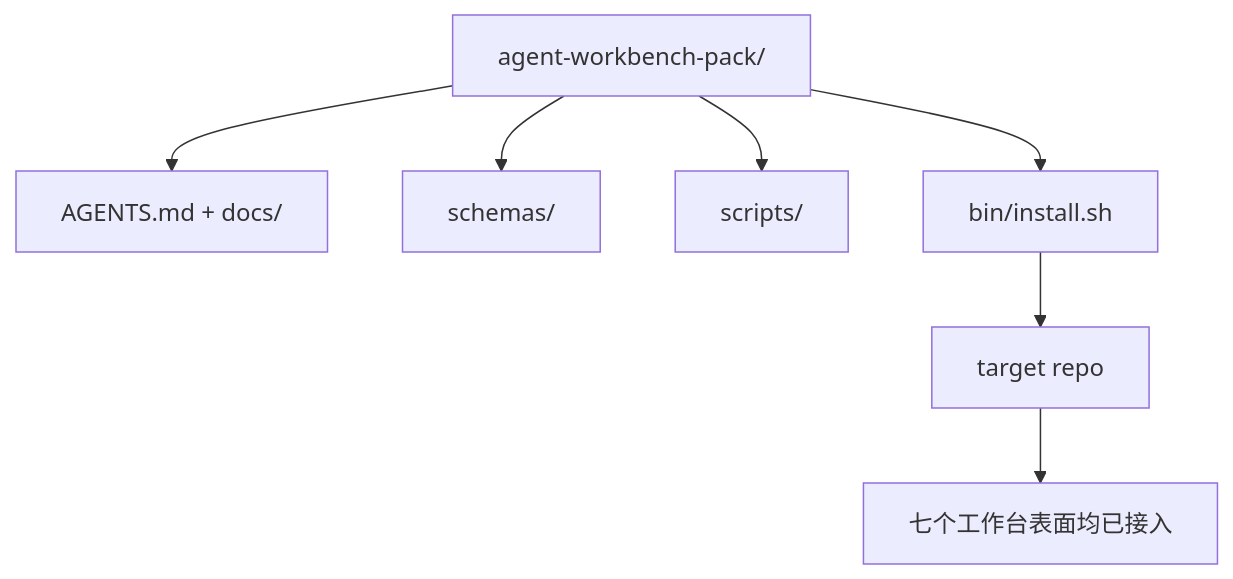
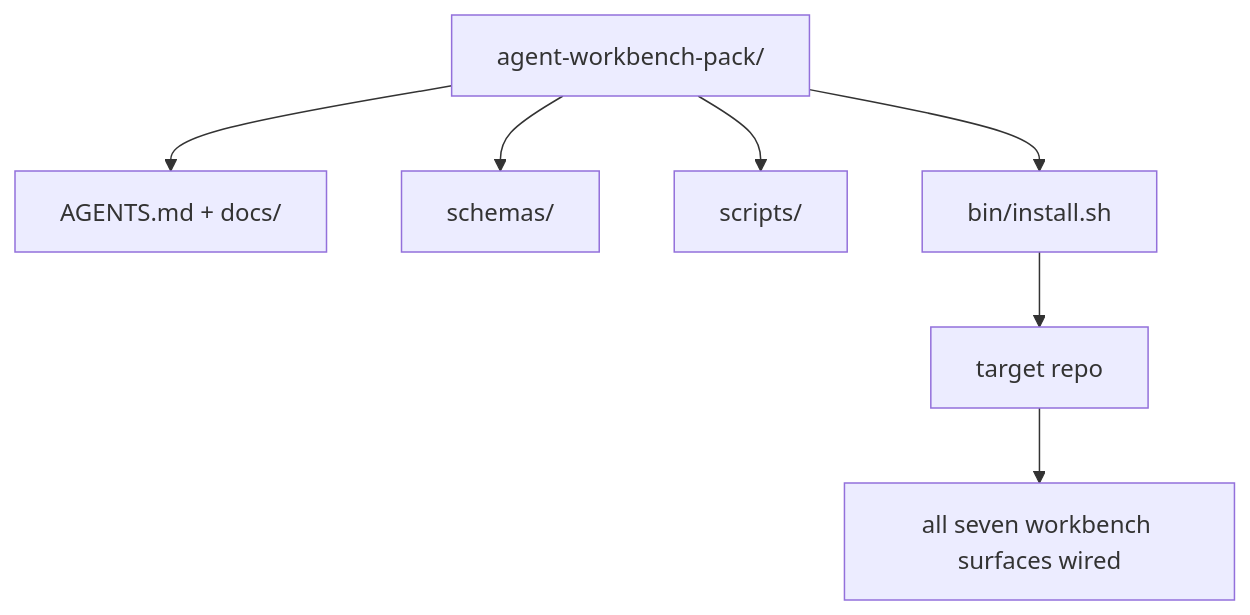
Before and after one commit to xiaojiaenen/ai-engineering-from-scratch-zh: the diagram in i18n/zh/phases/14-agent-engineering/42-agent-workbench-capstone/docs/zh.md, drawn with Mermaid. The commit also changed other lines of this file and 54 other files, not shown here.

````diff
--- a/i18n/zh/phases/14-agent-engineering/42-agent-workbench-capstone/docs/zh.md
+++ b/i18n/zh/phases/14-agent-engineering/42-agent-workbench-capstone/docs/zh.md
@@ -25,9 +25,9 @@
 ```mermaid
 flowchart TD
   Pack[agent-workbench-pack/] --> Docs[AGENTS.md + docs/]
   Pack --> Schemas[schemas/]
   Pack --> Scripts[scripts/]
   Pack --> Bin[bin/install.sh]
   Bin --> Repo[target repo]
-  Repo --> Surfaces[七个工作台表面均已接入]
+  Repo --> Surfaces[all seven workbench surfaces wired]
 ```
````
